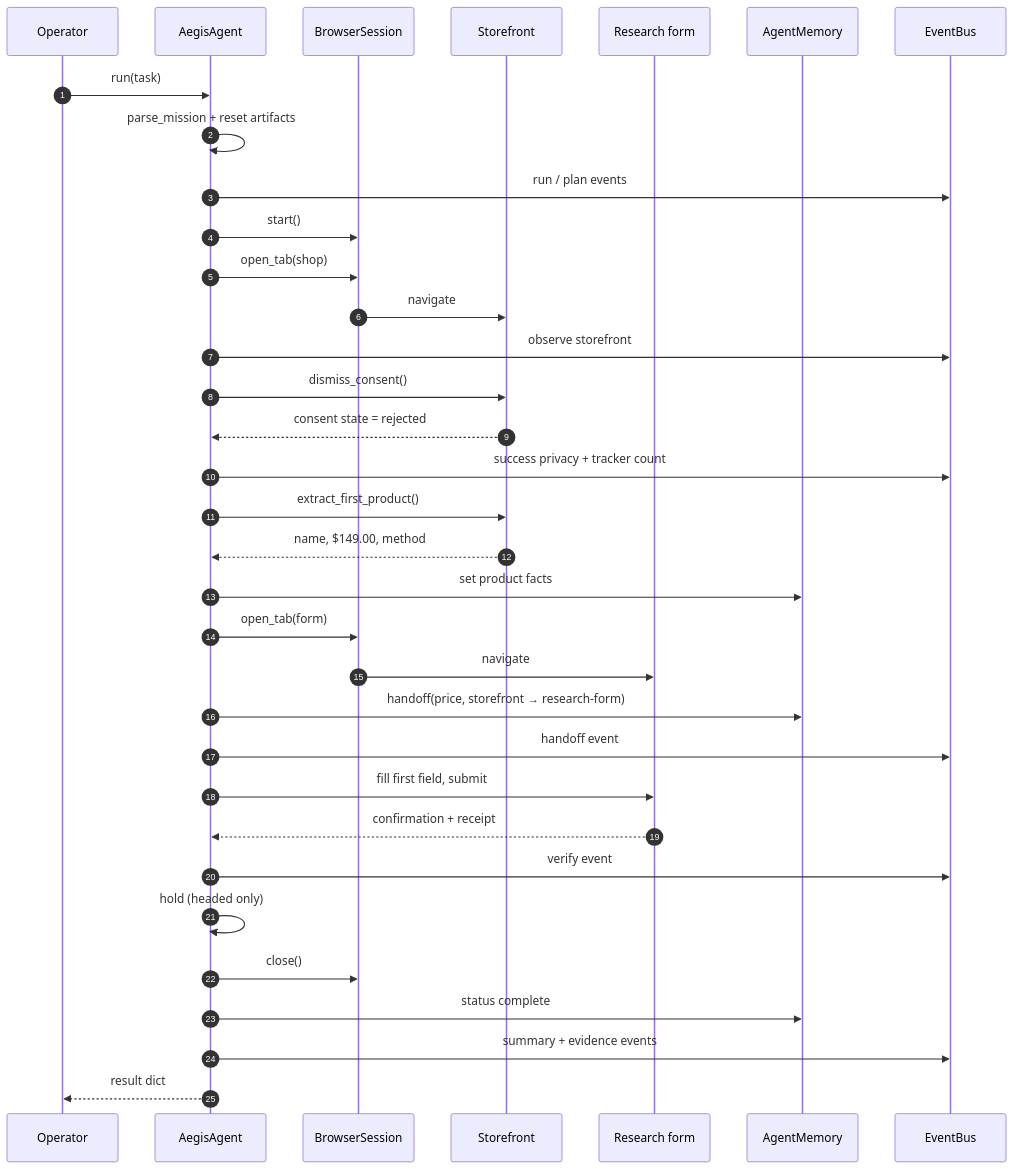
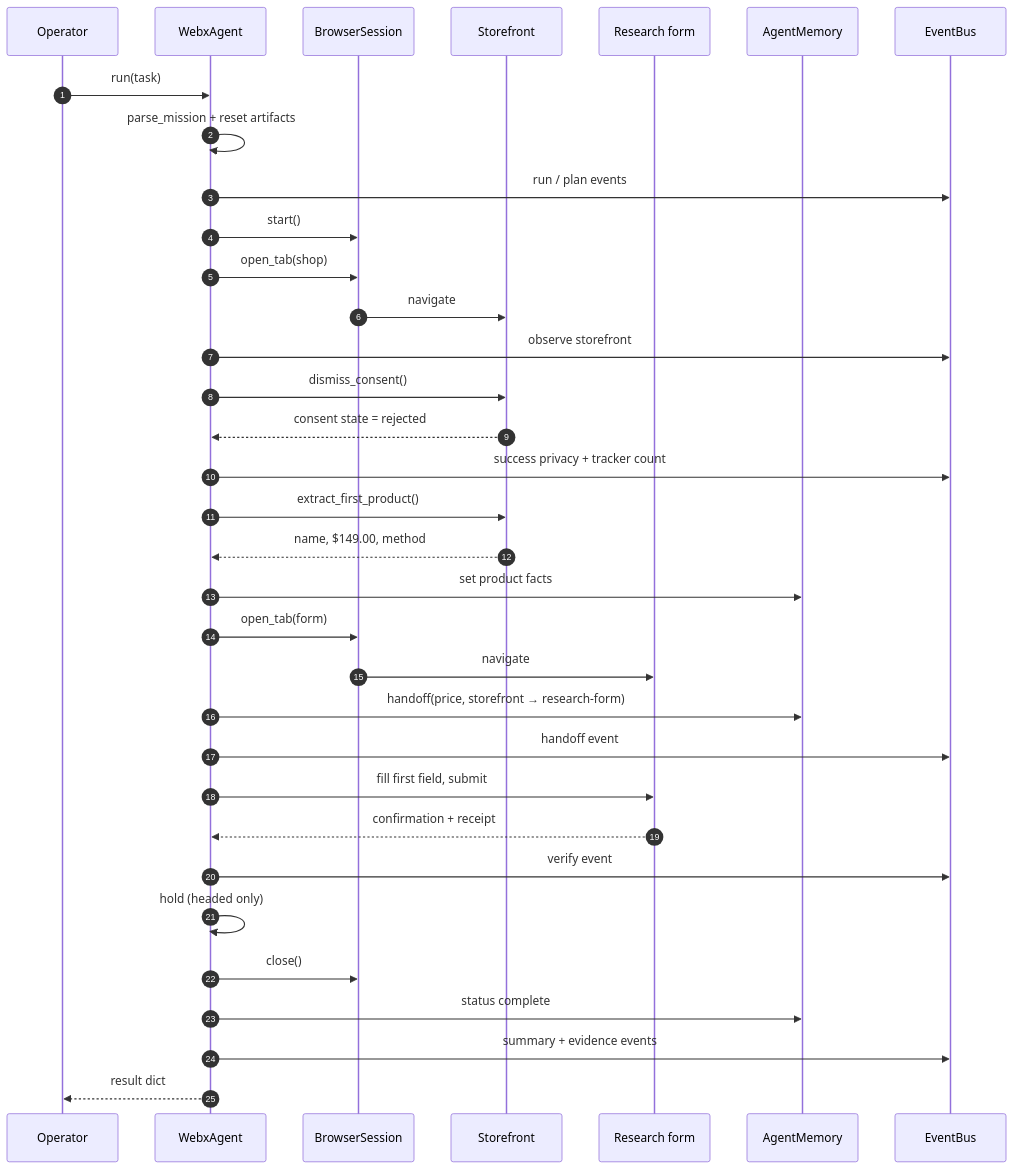
Before and after one commit to Abhishekgit01/Webx: the second of 3 diagrams in docs/ARCHITECTURE.md, drawn with Mermaid. The commit also changed other lines of this file and 56 other files, not shown here.

````diff
--- a/docs/ARCHITECTURE.md
+++ b/docs/ARCHITECTURE.md
@@ -65,37 +65,37 @@
 ```mermaid
 sequenceDiagram
     autonumber
     participant U as Operator
-    participant A as AegisAgent
+    participant A as WebxAgent
     participant B as BrowserSession
     participant S as Storefront
     participant F as Research form
     participant M as AgentMemory
     participant E as EventBus
 
     U->>A: run(task)
     A->>A: parse_mission + reset artifacts
     A->>E: run / plan events
     A->>B: start()
     A->>B: open_tab(shop)
     B->>S: navigate
     A->>E: observe storefront
     A->>S: dismiss_consent()
     S-->>A: consent state = rejected
     A->>E: success privacy + tracker count
     A->>S: extract_first_product()
     S-->>A: name, $149.00, method
     A->>M: set product facts
     A->>B: open_tab(form)
     B->>F: navigate
     A->>M: handoff(price, storefront → research-form)
     A->>E: handoff event
     A->>F: fill first field, submit
     F-->>A: confirmation + receipt
     A->>E: verify event
     A->>A: hold (headed only)
     A->>B: close()
     A->>M: status complete
     A->>E: summary + evidence events
     A-->>U: result dict
 ```
````
